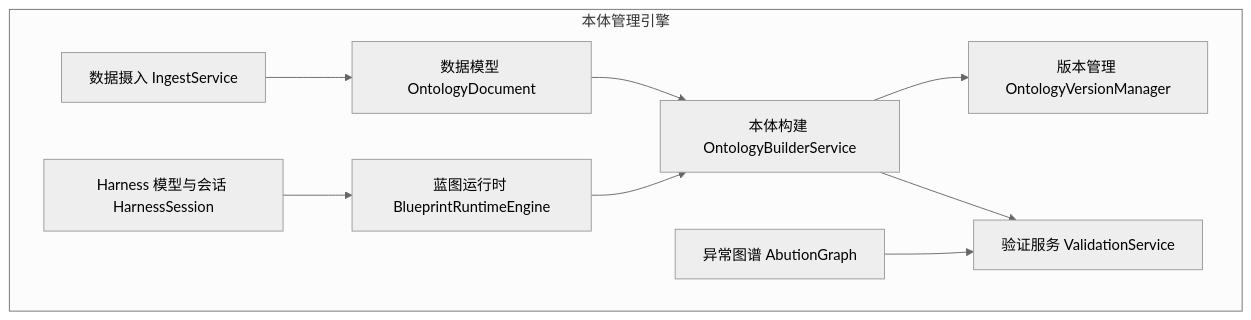
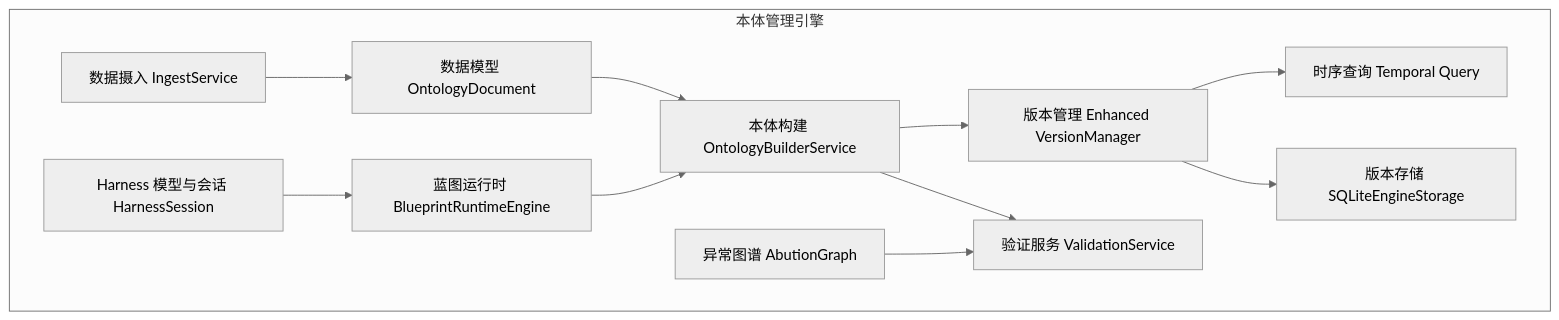
Before and after one commit to inier/ontology-graphiti: the first of 11 diagrams in .qoder/repowiki/zh/content/架构设计/分层架构设计/L3-L4 业务层/本体管理引擎.md, drawn with Mermaid (neutral theme). The commit also changed other lines of this file and 76 other files, not shown here.

````diff
--- a/.qoder/repowiki/zh/content/架构设计/分层架构设计/L3-L4 业务层/本体管理引擎.md
+++ b/.qoder/repowiki/zh/content/架构设计/分层架构设计/L3-L4 业务层/本体管理引擎.md
@@ -43,20 +65,24 @@
 ```mermaid
 graph TB
 subgraph "本体管理引擎"
 A["数据摄入 IngestService"]
 B["本体构建 OntologyBuilderService"]
-C["版本管理 OntologyVersionManager"]
+C["版本管理 Enhanced VersionManager"]
 D["验证服务 ValidationService"]
 E["数据模型 OntologyDocument"]
 F["蓝图运行时 BlueprintRuntimeEngine"]
 G["异常图谱 AbutionGraph"]
 H["Harness 模型与会话 HarnessSession"]
+I["时序查询 Temporal Query"]
+J["版本存储 SQLiteEngineStorage"]
 end
 A --> E
 E --> B
 B --> C
 B --> D
 F --> B
 H --> F
 G --> D
+C --> I
+C --> J
 ```
````
